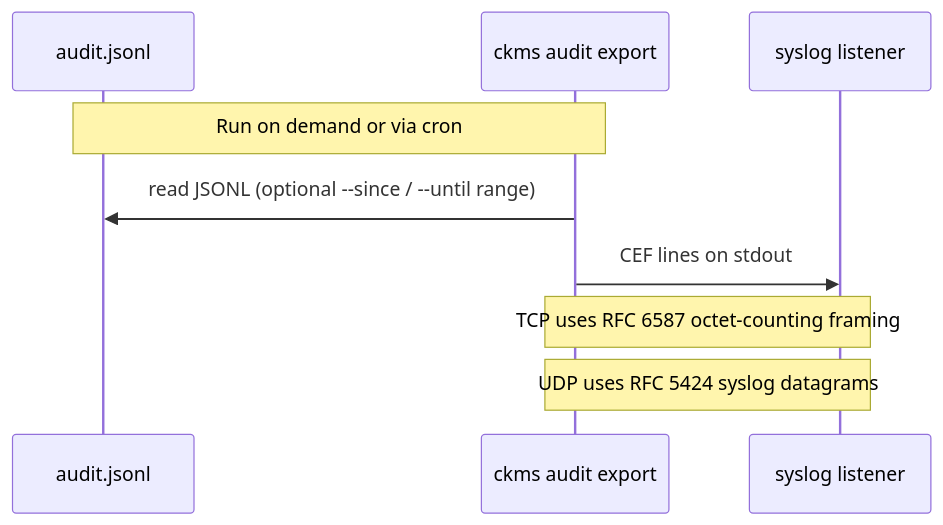
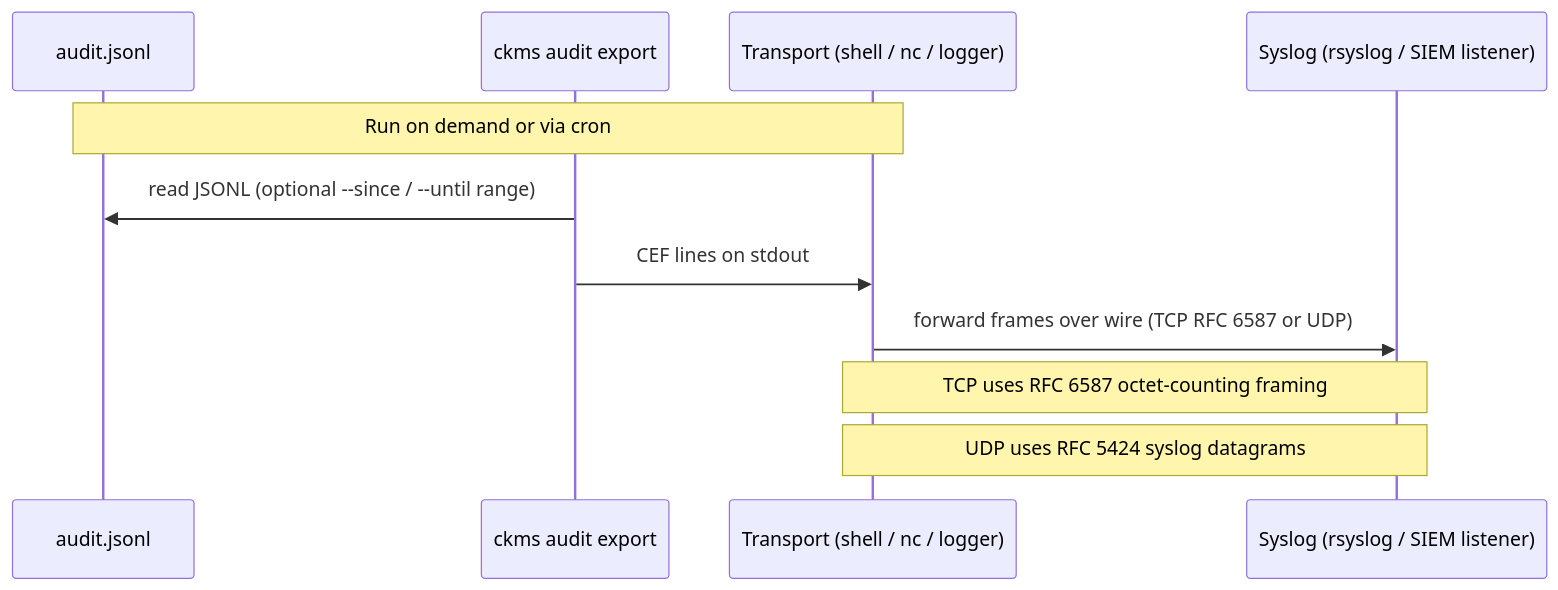
Before and after one commit to Cosmian/kms: the second of 2 diagrams in documentation/docs/configuration/siems.md, drawn with Mermaid. The commit also changed other lines of this file, not shown here.

Commit message:
docs(siem): clarify CEF transport architecture, rsyslog template, proxy caveat and TCP snippet

````diff
--- a/documentation/docs/configuration/siems.md
+++ b/documentation/docs/configuration/siems.md
@@ -51,12 +51,14 @@
 ```mermaid
 sequenceDiagram
     participant File as audit.jsonl
     participant ckms as ckms audit export
-    participant Syslog as syslog listener
+    participant Transport as Transport (shell / nc / logger)
+    participant Syslog as Syslog (rsyslog / SIEM listener)
 
-    Note over File,ckms: Run on demand or via cron
+    Note over File,Transport: Run on demand or via cron
     ckms->>File: read JSONL (optional --since / --until range)
-    ckms->>Syslog: CEF lines on stdout
-    Note over ckms,Syslog: TCP uses RFC 6587 octet-counting framing
-    Note over ckms,Syslog: UDP uses RFC 5424 syslog datagrams
+    ckms->>Transport: CEF lines on stdout
+    Transport->>Syslog: forward frames over wire (TCP RFC 6587 or UDP)
+    Note over Transport,Syslog: TCP uses RFC 6587 octet-counting framing
+    Note over Transport,Syslog: UDP uses RFC 5424 syslog datagrams
 ```
````
